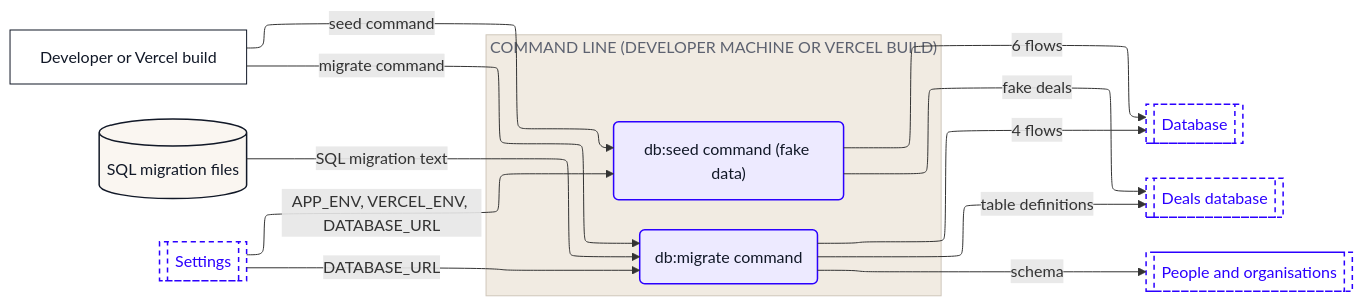
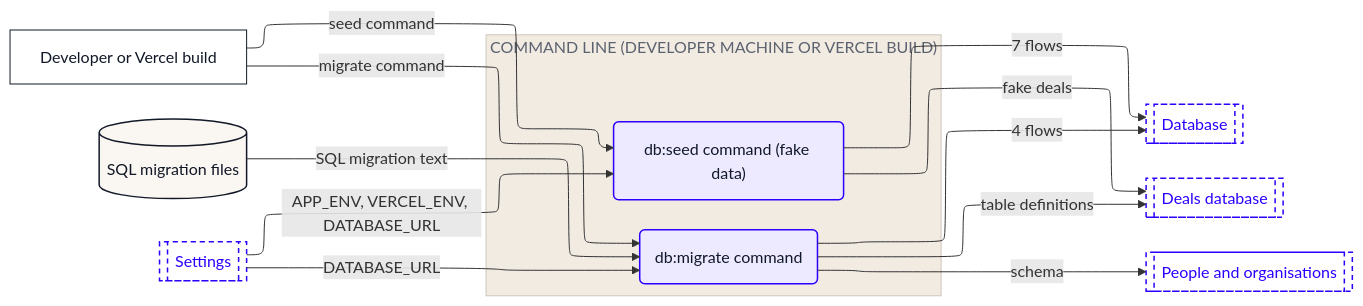
The fourth of 10 diagrams in dataflow/DATAFLOW.md (Romain-Perche/Barnacle-Pipe), drawn with Mermaid before and after one commit. The commit also changed other lines of this file and 12 other files, not shown here.

````diff
--- a/dataflow/DATAFLOW.md
+++ b/dataflow/DATAFLOW.md
@@ -217,38 +226,38 @@
 ```mermaid
 ---
 config:
   layout: elk
 ---
 flowchart LR
     n1["Developer or Vercel build"]
     n2[("SQL migration files")]
     subgraph z1["COMMAND LINE (DEVELOPER MACHINE OR VERCEL BUILD)"]
         n3("db:migrate command")
         n4("db:seed command (fake data)")
     end
     n5[["Database"]]
     n6[["Deals database"]]
     n7[["People and organisations"]]
     n8[["Settings"]]
     n1 -->|"migrate command"| n3
     n1 -->|"seed command"| n4
     n8 -->|"DATABASE_URL"| n3
     n8 -->|"APP_ENV, VERCEL_ENV, DATABASE_URL"| n4
     n3 -->|"4 flows"| n5
     n3 -->|"table definitions"| n6
     n3 -->|"schema"| n7
     n2 -->|"SQL migration text"| n3
-    n4 -->|"6 flows"| n5
+    n4 -->|"7 flows"| n5
     n4 -->|"fake deals"| n6
     classDef actor fill:#FFFFFF,stroke:#111827,stroke-width:1px,color:#111827
     classDef process fill:#EDEAFF,stroke:#2B00FF,stroke-width:1.5px,color:#111827
     classDef store fill:#FAF6F1,stroke:#111827,stroke-width:1.5px,color:#111827
     classDef zone fill:#1A1A1A,stroke:#1A1A1A,color:#FFFFFF
     classDef group fill:#2B00FF,stroke:#2B00FF,color:#FFFFFF
     classDef stub fill:#FFFFFF,stroke:#2B00FF,stroke-width:1.5px,stroke-dasharray:5 4,color:#2B00FF
     class n1 actor
     class n3,n4 process
     class n2 store
     class n5,n6,n7,n8 stub
     style z1 fill:#F1EBE2,stroke:#CFC7BB,color:#5D6270
 ```
````
